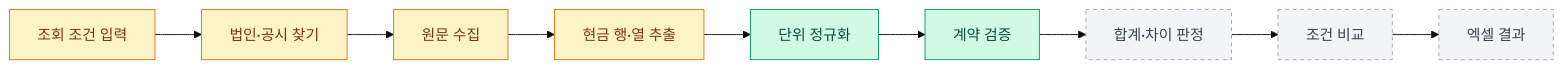
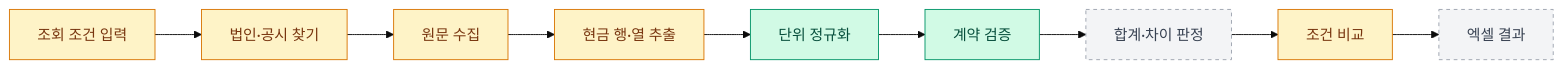
Before and after one commit to YUJAEYUN/Dartness: the diagram in docs/system-status.md, drawn with Mermaid (base theme). The commit also changed other lines of this file and 17 other files, not shown here.

````diff
--- a/docs/system-status.md
+++ b/docs/system-status.md
@@ -11,18 +11,18 @@
 ```mermaid
 flowchart LR
     A[조회 조건 입력] --> B[법인·공시 찾기]
     B --> C[원문 수집]
     C --> D[현금 행·열 추출]
     D --> E[단위 정규화]
     E --> F[계약 검증]
     F --> G[합계·차이 판정]
     G --> H[조건 비교]
     H --> I[엑셀 결과]
 
     classDef done fill:#d1fae5,stroke:#059669,color:#064e3b
     classDef partial fill:#fef3c7,stroke:#d97706,color:#78350f
     classDef todo fill:#f3f4f6,stroke:#9ca3af,color:#374151,stroke-dasharray:4
     class E,F done
-    class A,B,C,D partial
-    class G,H,I todo
+    class A,B,C,D,H partial
+    class G,I todo
 ```
````
